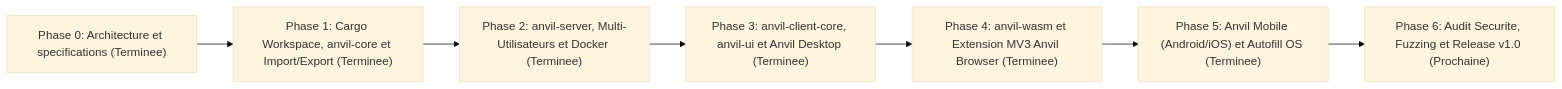
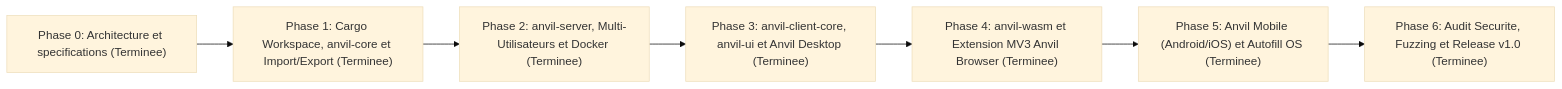
Before and after one commit to Viectra/anvil: the diagram in docs/ROADMAP.md, drawn with Mermaid (base theme). The commit also changed other lines of this file and 21 other files, not shown here.

````diff
--- a/docs/ROADMAP.md
+++ b/docs/ROADMAP.md
@@ -31,12 +31,12 @@
 ```mermaid
 flowchart LR
     P0["Phase 0: Architecture et specifications (Terminee)"]
     P1["Phase 1: Cargo Workspace, anvil-core et Import/Export (Terminee)"]
     P2["Phase 2: anvil-server, Multi-Utilisateurs et Docker (Terminee)"]
     P3["Phase 3: anvil-client-core, anvil-ui et Anvil Desktop (Terminee)"]
     P4["Phase 4: anvil-wasm et Extension MV3 Anvil Browser (Terminee)"]
     P5["Phase 5: Anvil Mobile (Android/iOS) et Autofill OS (Terminee)"]
-    P6["Phase 6: Audit Securite, Fuzzing et Release v1.0 (Prochaine)"]
+    P6["Phase 6: Audit Securite, Fuzzing et Release v1.0 (Terminee)"]
 
     P0 --> P1 --> P2 --> P3 --> P4 --> P5 --> P6
 ```
````
